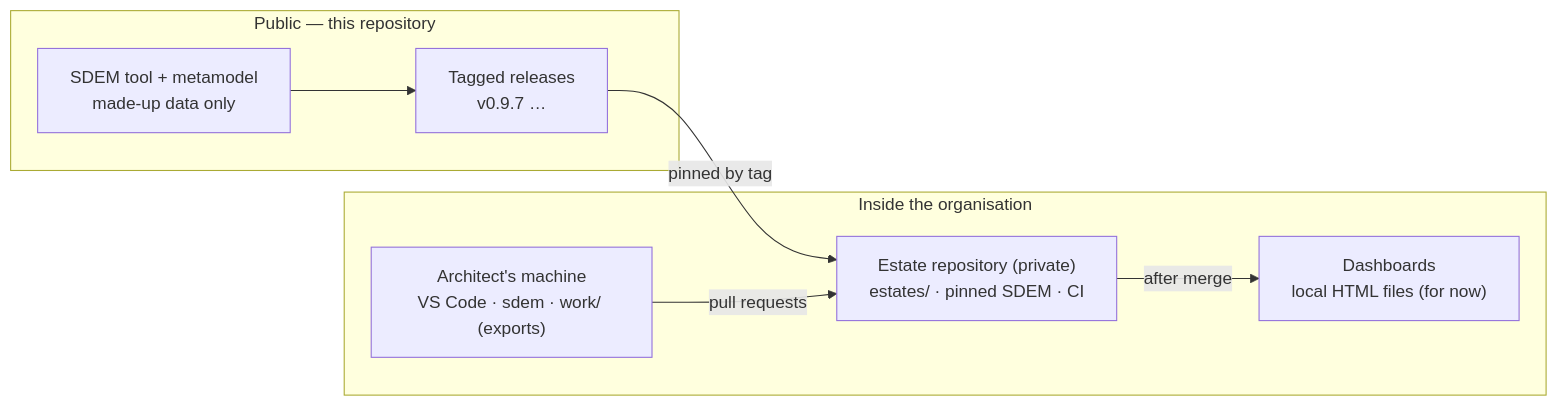
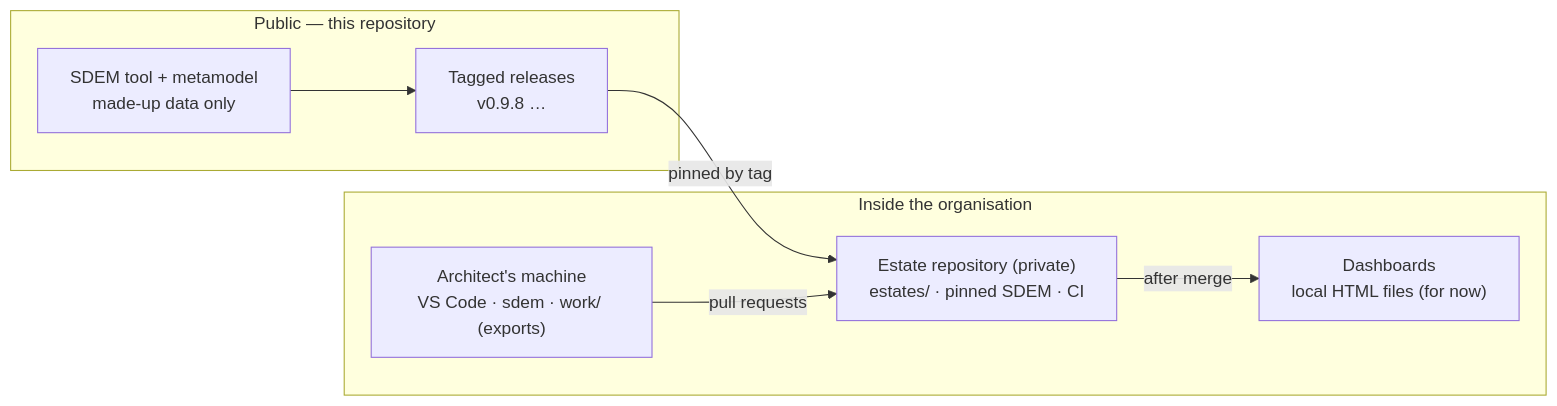
The diagram in docs/sdem-operating-model.md (taumoeps/bian-sdem-framework), drawn with Mermaid before and after one commit. The commit also changed other lines of this file and 207 other files, not shown here.

````diff
--- a/docs/sdem-operating-model.md
+++ b/docs/sdem-operating-model.md
@@ -7,14 +7,14 @@
 ```mermaid
 flowchart LR
     subgraph PUB["Public — this repository"]
-      T["SDEM tool + metamodel<br/>made-up data only"] --> REL["Tagged releases<br/>v0.9.7 …"]
+      T["SDEM tool + metamodel<br/>made-up data only"] --> REL["Tagged releases<br/>v0.9.8 …"]
     end
     subgraph ORG["Inside the organisation"]
       ER["Estate repository (private)<br/>estates/ · pinned SDEM · CI"]
       WS["Architect's machine<br/>VS Code · sdem · work/ (exports)"]
       H["Dashboards<br/>local HTML files (for now)"]
     end
     REL -- "pinned by tag" --> ER
     WS -- "pull requests" --> ER
     ER -- "after merge" --> H
 ```
````
